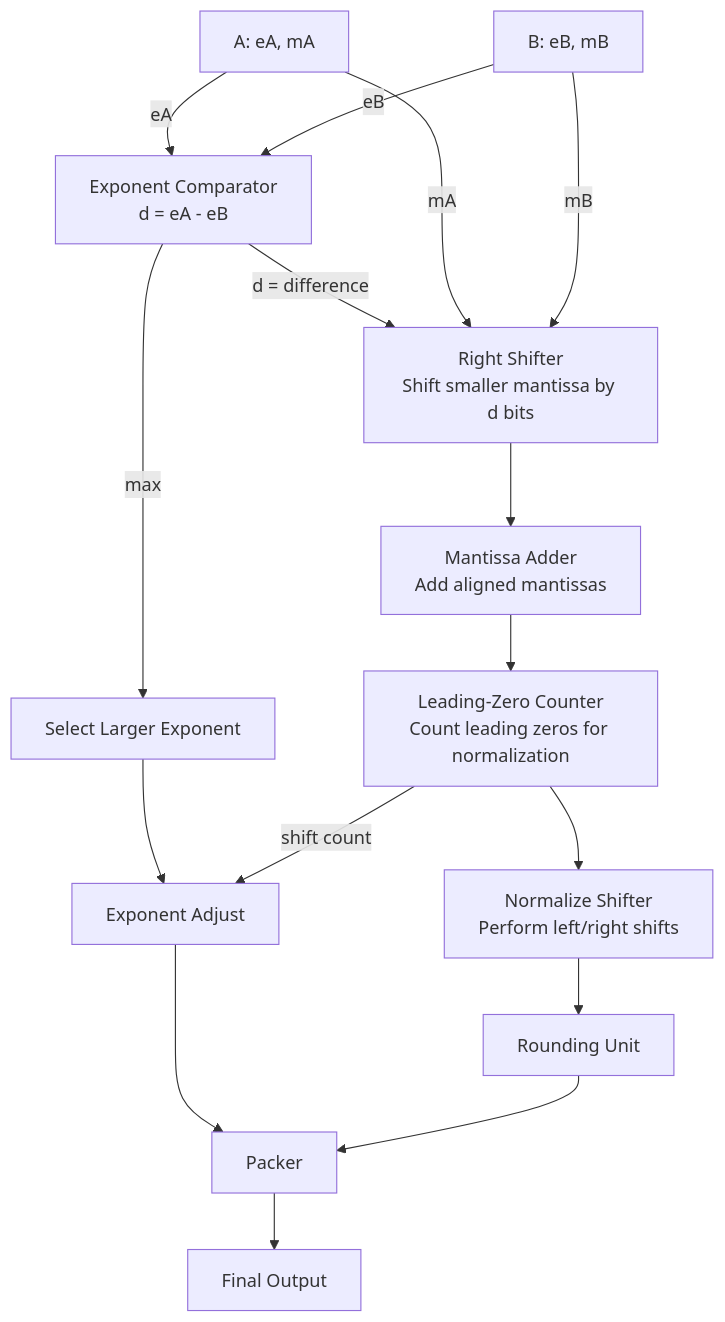
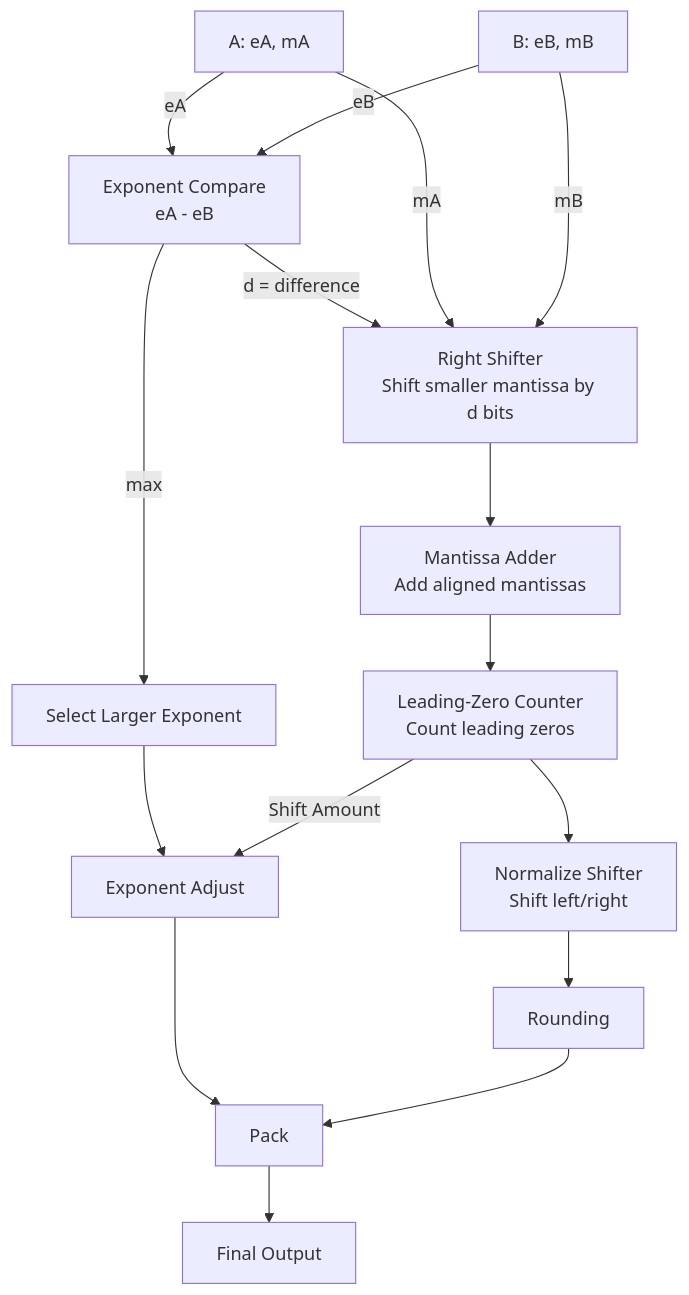
The fifth of 8 diagrams in FLP.md (Mohammad-Khoshroo/number-systems), drawn with Mermaid before and after one commit. The commit also changed other lines of this file and 1 other file, not shown here.

````diff
--- a/FLP.md
+++ b/FLP.md
@@ -239,25 +211,25 @@
 ```mermaid
 flowchart TD
     A["A: eA, mA"]
     B["B: eB, mB"]
 
-    A -->|eA| CMP["Exponent Comparator<br/>d = eA - eB"]
+    A -->|eA| CMP["Exponent Compare<br/>eA - eB"]
     B -->|eB| CMP
 
     CMP -->|d = difference| SHIFT["Right Shifter<br/>Shift smaller mantissa by d bits"]
     A -->|mA| SHIFT
     B -->|mB| SHIFT
 
     CMP -->|max| EMAX["Select Larger Exponent"]
 
     SHIFT --> ADD["Mantissa Adder<br/>Add aligned mantissas"]
-    ADD --> LZ["Leading-Zero Counter<br/>Count leading zeros for normalization"]
-    LZ --> NSHIFT["Normalize Shifter<br/>Perform left/right shifts"]
+    ADD --> LZ["Leading-Zero Counter<br/>Count leading zeros"]
+    LZ --> NSHIFT["Normalize Shifter<br/>Shift left/right"]
     EMAX --> EADJ["Exponent Adjust"]
-    LZ -->|shift count| EADJ
+    LZ -->|Shift Amount| EADJ
 
-    NSHIFT --> RND["Rounding Unit"]
-    EADJ --> PACK["Packer"]
+    NSHIFT --> RND["Rounding"]
+    EADJ --> PACK["Pack"]
     RND --> PACK
     PACK --> OUT["Final Output"]
 ```
````
